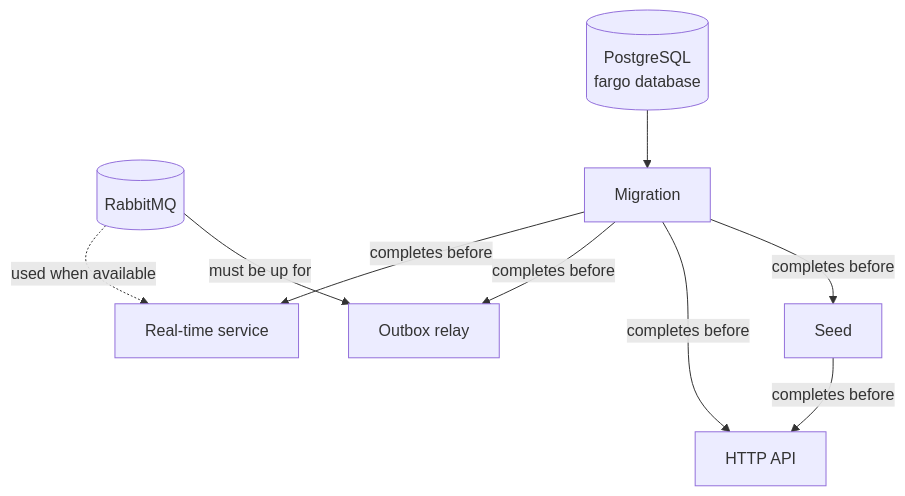
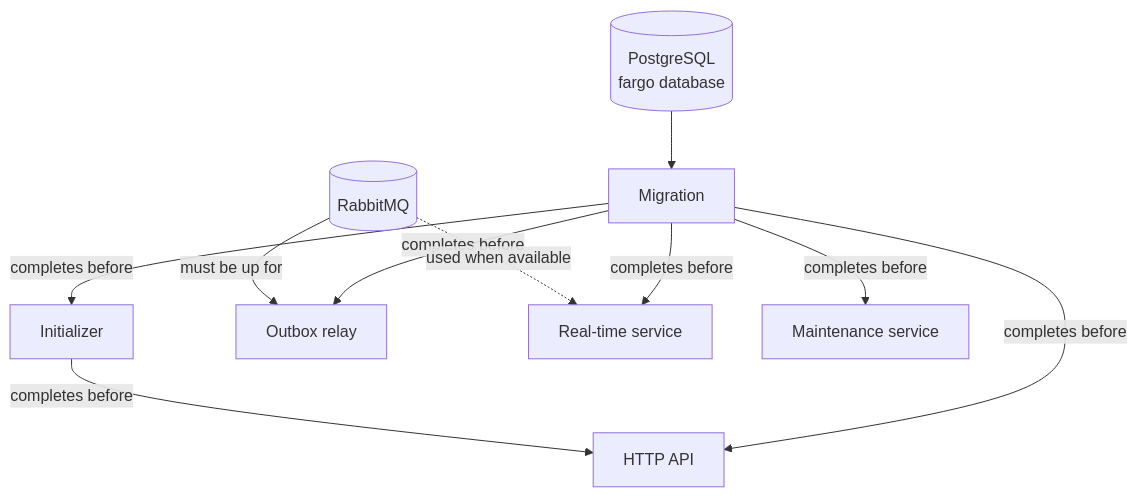
One commit to silvestrinigor/Fargo changed the second of 2 diagrams in docs/server/architecture.md. Above: the diagram before and after it, drawn with Mermaid. The commit also changed other lines of this file and 89 other files, not shown here.

Commit message:
request idempotency and rename project initializer service

````diff
--- a/docs/server/architecture.md
+++ b/docs/server/architecture.md
@@ -122,20 +123,22 @@
 ```mermaid
 flowchart TD
     PostgreSQL[("PostgreSQL<br/>fargo database")]
     RabbitMQ[("RabbitMQ")]
 
     Migration["Migration"]
-    Seed["Seed"]
+    Initializer["Initializer"]
     HTTP["HTTP API"]
     Outbox["Outbox relay"]
     Realtime["Real-time service"]
+    Maintenance["Maintenance service"]
 
     PostgreSQL --> Migration
-    Migration -->|completes before| Seed
+    Migration -->|completes before| Initializer
     Migration -->|completes before| HTTP
-    Seed -->|completes before| HTTP
+    Initializer -->|completes before| HTTP
     Migration -->|completes before| Outbox
     Migration -->|completes before| Realtime
+    Migration -->|completes before| Maintenance
     RabbitMQ -->|must be up for| Outbox
     RabbitMQ -.->|used when available| Realtime
 ```
````
